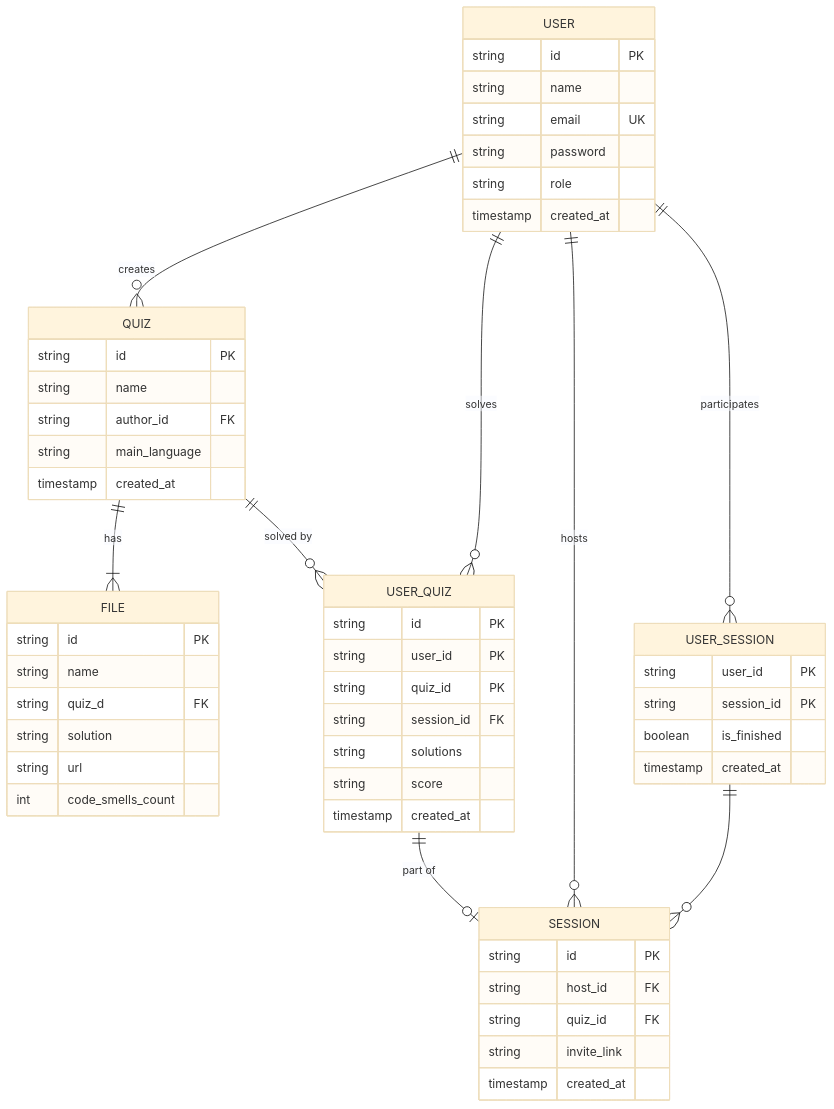
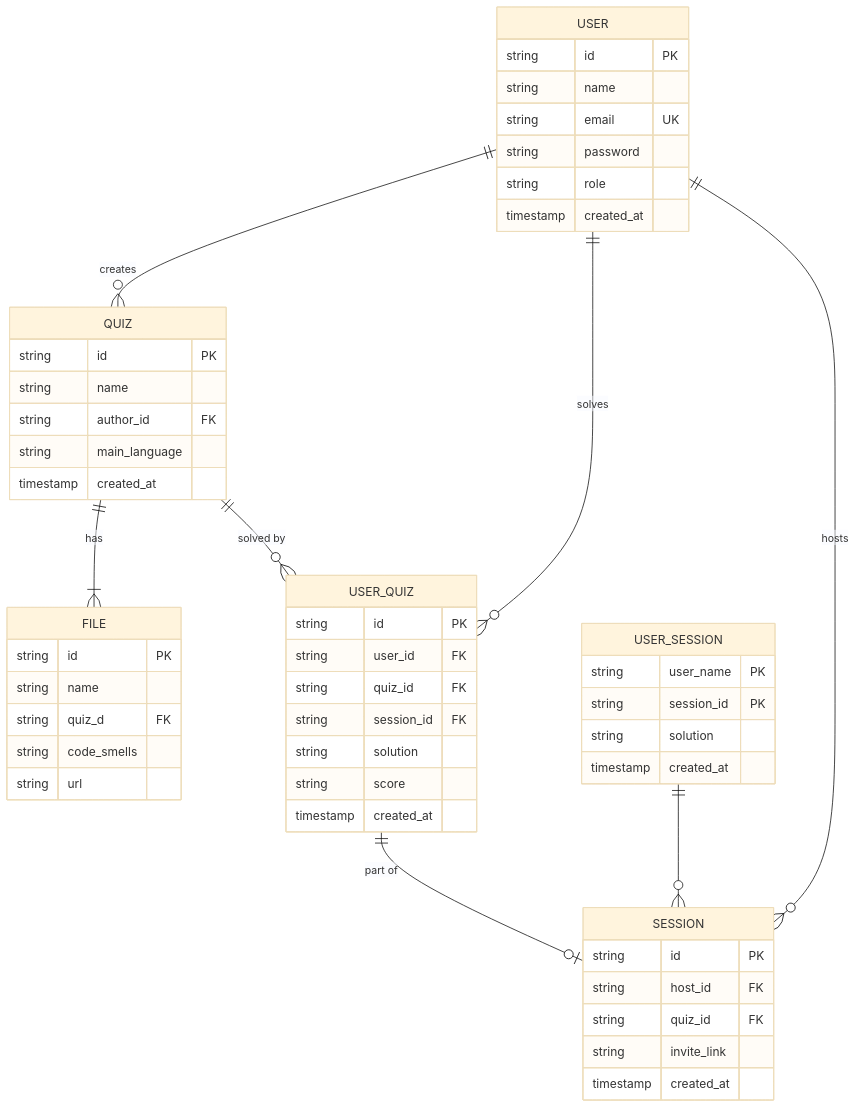
The diagram in README.md (rcybulski1122012/Ceramicy-IO), drawn with Mermaid (base theme) before and after one commit.

Commit message:
fix: post-review

````diff
--- a/README.md
+++ b/README.md
@@ -13,67 +13,65 @@
 ```mermaid
 erDiagram
     QUIZ {
         string id PK
         string name
         string author_id FK
         string main_language
         timestamp created_at
     }
     
     FILE {
         string id PK
         string name
         string quiz_d FK
-        string solution
+        string code_smells
         string url
-        int code_smells_count
     }
     
     USER {
         string id PK
         string name
         string email UK
         string password
         string role
         timestamp created_at
     }
     
     USER_QUIZ {
         string id PK
-        string user_id PK
-        string quiz_id PK
+        string user_id FK
+        string quiz_id FK
         string session_id FK
-        string solutions
+        string solution
         string score
         timestamp created_at
     }
     
     
     SESSION {
         string id PK
         string host_id FK
         string quiz_id FK
         string invite_link
         timestamp created_at
     }
     
     USER_SESSION {
-        string user_id PK
+        string user_name PK
         string session_id PK
-        boolean is_finished 
+        string solution
         timestamp created_at
     }
     
     
     QUIZ ||--|{ FILE : "has"
     USER ||--o{ QUIZ : "creates"
     USER ||--o{ USER_QUIZ : "solves"
     QUIZ ||--o{ USER_QUIZ : "solved by"
     USER ||--o{ SESSION : "hosts"
 %%    SESSION ||--o{ QUIZ : ""
     USER_QUIZ ||--o| SESSION : "part of"
-    USER ||--o{ USER_SESSION : "participates"
     USER_SESSION ||--o{ SESSION : ""
     
     
 ```
````
